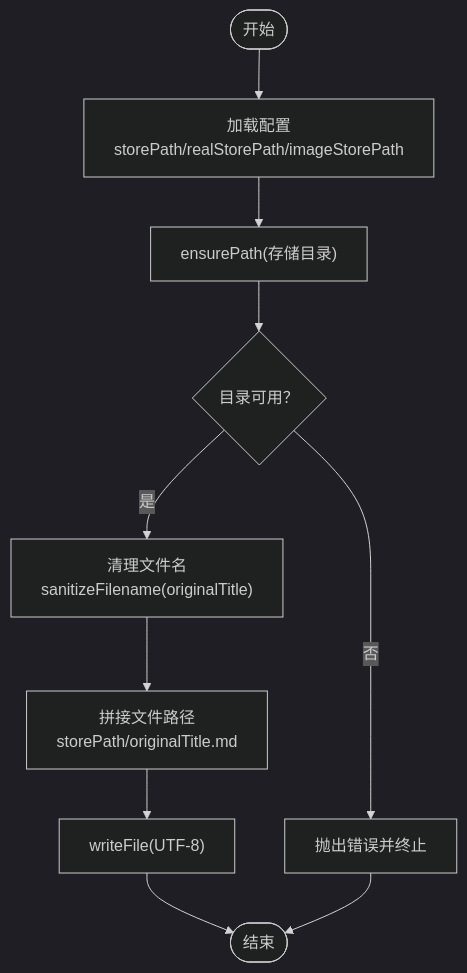
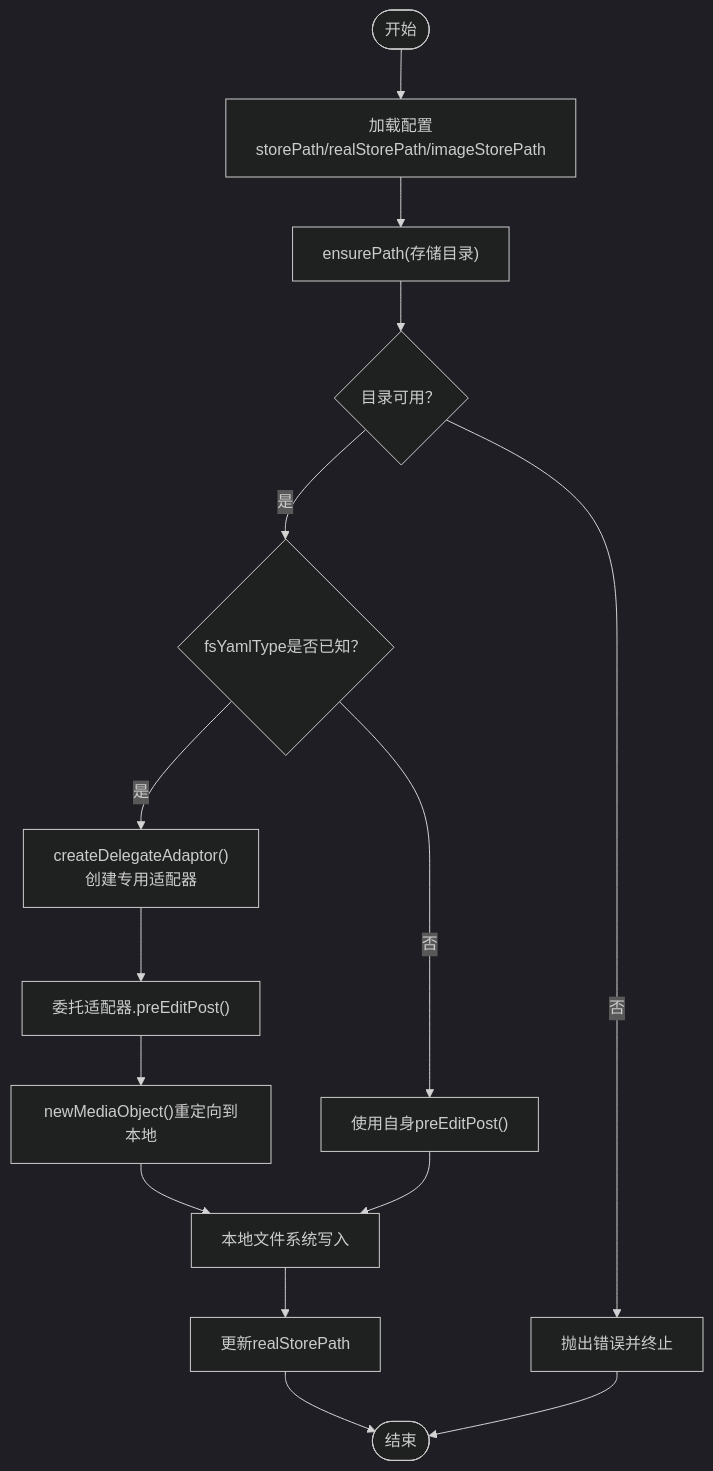
Before and after one commit to terwer/siyuan-plugin-publisher: the third of 6 diagrams in .qoder/repowiki/zh/content/平台适配器系统/文件系统适配器.md, drawn with Mermaid (dark theme). The commit also changed other lines of this file and 5 other files, not shown here.

````diff
--- a/.qoder/repowiki/zh/content/平台适配器系统/文件系统适配器.md
+++ b/.qoder/repowiki/zh/content/平台适配器系统/文件系统适配器.md
@@ -142,12 +171,17 @@
 ```mermaid
 flowchart TD
 Start(["开始"]) --> LoadCfg["加载配置<br/>storePath/realStorePath/imageStorePath"]
 LoadCfg --> EnsurePath["ensurePath(存储目录)"]
 EnsurePath --> PathOk{"目录可用？"}
 PathOk --> |否| ThrowErr["抛出错误并终止"]
-PathOk --> |是| Sanitize["清理文件名<br/>sanitizeFilename(originalTitle)"]
-Sanitize --> JoinPath["拼接文件路径<br/>storePath/originalTitle.md"]
-JoinPath --> WriteFile["writeFile(UTF-8)"]
-WriteFile --> Done(["结束"])
+PathOk --> |是| CheckType{"fsYamlType是否已知？"}
+CheckType --> |是| CreateDelegate["createDelegateAdaptor()<br/>创建专用适配器"]
+CreateDelegate --> DelegatePreEdit["委托适配器.preEditPost()"]
+DelegatePreEdit --> RedirectMedia["newMediaObject()重定向到本地"]
+RedirectMedia --> LocalWrite["本地文件系统写入"]
+LocalWrite --> UpdatePath["更新realStorePath"]
+UpdatePath --> Done(["结束"])
+CheckType --> |否| SelfPreEdit["使用自身preEditPost()"]
+SelfPreEdit --> LocalWrite
 ThrowErr --> Done
 ```
````
